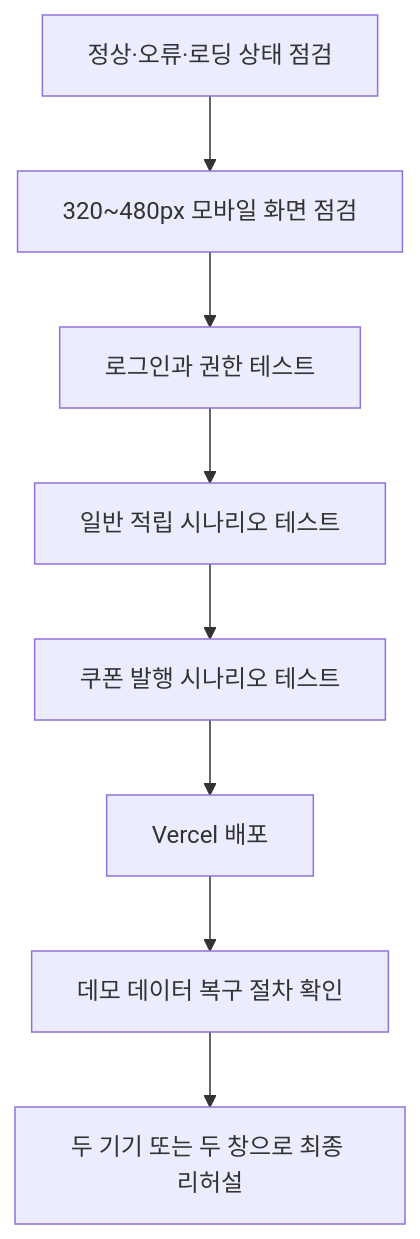
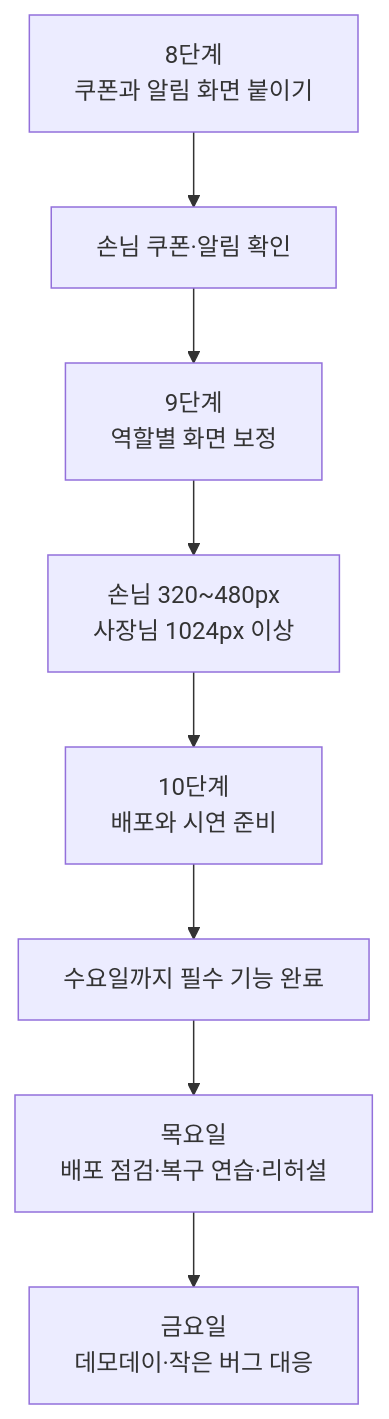
Before and after one commit to Mureung1/hub-showcase: the eighth of 12 diagrams in docs/beginner-development-roadmap.md, drawn with Mermaid. The commit also changed other lines of this file and 6 other files, not shown here.

Commit message:
docs(plan): MVP 개발 계획과 구조 다이어그램 정리

````diff
--- a/docs/beginner-development-roadmap.md
+++ b/docs/beginner-development-roadmap.md
@@ -171,10 +198,10 @@
 ```mermaid
 flowchart TD
-    A["정상·오류·로딩 상태 점검"] --> B["320~480px 모바일 화면 점검"]
-    B --> C["로그인과 권한 테스트"]
-    C --> D["일반 적립 시나리오 테스트"]
-    D --> E["쿠폰 발행 시나리오 테스트"]
-    E --> F["Vercel 배포"]
-    F --> G["데모 데이터 복구 절차 확인"]
-    G --> H["두 기기 또는 두 창으로 최종 리허설"]
+    A["8단계<br/>쿠폰과 알림 화면 붙이기"] --> B["손님 쿠폰·알림 확인"]
+    B --> C["9단계<br/>역할별 화면 보정"]
+    C --> D["손님 320~480px<br/>사장님 1024px 이상"]
+    D --> E["10단계<br/>배포와 시연 준비"]
+    E --> F["수요일까지 필수 기능 완료"]
+    F --> G["목요일<br/>배포 점검·복구 연습·리허설"]
+    G --> H["금요일<br/>데모데이·작은 버그 대응"]
 ```
````
